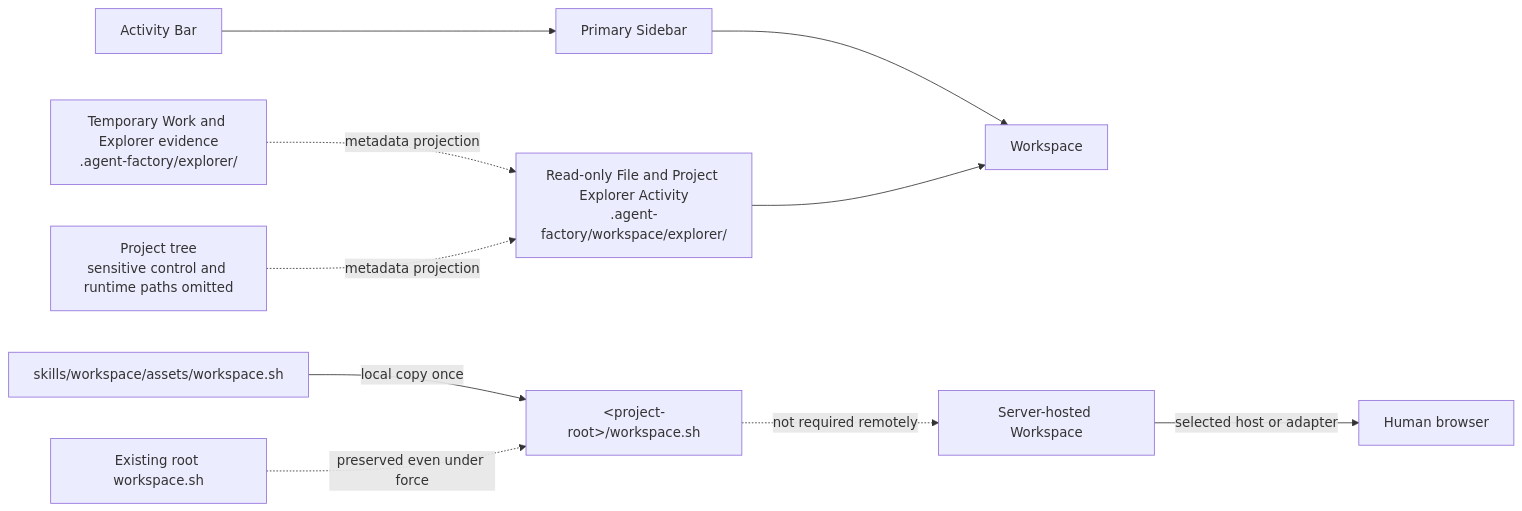
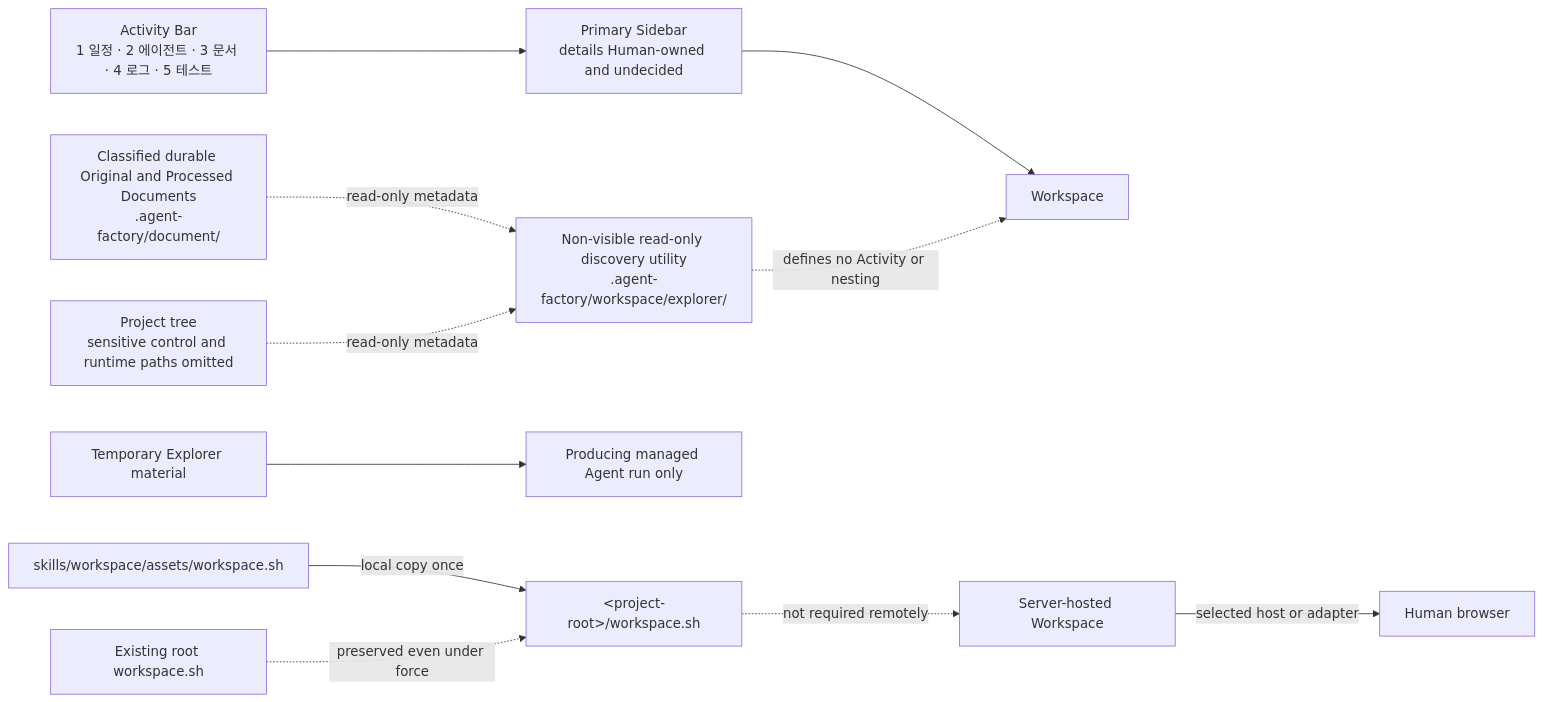
Before and after one commit to KoreanLeeChangHyun/agent-factory-codex-plugin: the ninth of 9 diagrams in skills/convention/references/diagrams.md, drawn with Mermaid. The commit also changed other lines of this file and 115 other files, not shown here.

Commit message:
feat: consolidate document, workspace, and runtime architecture

````diff
--- a/skills/convention/references/diagrams.md
+++ b/skills/convention/references/diagrams.md
@@ -198,13 +197,14 @@
 ```mermaid
 flowchart LR
     accTitle: Human-facing Workspace shell and launcher
-    accDescr: Activity Bar, Primary Sidebar, and Workspace form the shell; its read-only Explorer Activity projects the project and temporary evidence trees without owning them, while the launcher is copied once locally and is not required for a server-hosted adapter.
-    Activity[Activity Bar] --> Sidebar[Primary Sidebar] --> Workspace[Workspace]
-    Evidence[Temporary Work and Explorer evidence<br/>.agent-factory/explorer/] -. metadata projection .-> ExplorerActivity[Read-only File and Project Explorer Activity<br/>.agent-factory/workspace/explorer/]
-    Project[Project tree<br/>sensitive control and runtime paths omitted] -. metadata projection .-> ExplorerActivity
-    ExplorerActivity --> Workspace
+    accDescr: The Activity Bar contains only 일정, 에이전트, 문서, 로그, and 테스트 in that order; Primary Sidebar details remain undecided; a non-visible read-only utility projects only the project and classified Original and Processed Document trees without defining an Activity or nesting, while temporary Explorer material remains only in its producing Agent run.
+    Activity[Activity Bar<br/>1 일정 · 2 에이전트 · 3 문서 · 4 로그 · 5 테스트] --> Sidebar[Primary Sidebar<br/>details Human-owned and undecided] --> Workspace[Workspace]
+    Evidence[Classified durable Original and Processed Documents<br/>.agent-factory/document/] -. read-only metadata .-> DiscoveryUtility[Non-visible read-only discovery utility<br/>.agent-factory/workspace/explorer/]
+    Project[Project tree<br/>sensitive control and runtime paths omitted] -. read-only metadata .-> DiscoveryUtility
+    DiscoveryUtility -. defines no Activity or nesting .-> Workspace
+    Temporary[Temporary Explorer material] --> RunLocal[Producing managed Agent run only]
     Asset[skills/workspace/assets/workspace.sh] -->|local copy once| Root[&lt;project-root&gt;/workspace.sh]
     Existing[Existing root workspace.sh] -. preserved even under force .-> Root
     Remote[Server-hosted Workspace] -->|selected host or adapter| Browser[Human browser]
     Root -. not required remotely .-> Remote
 ```
````
